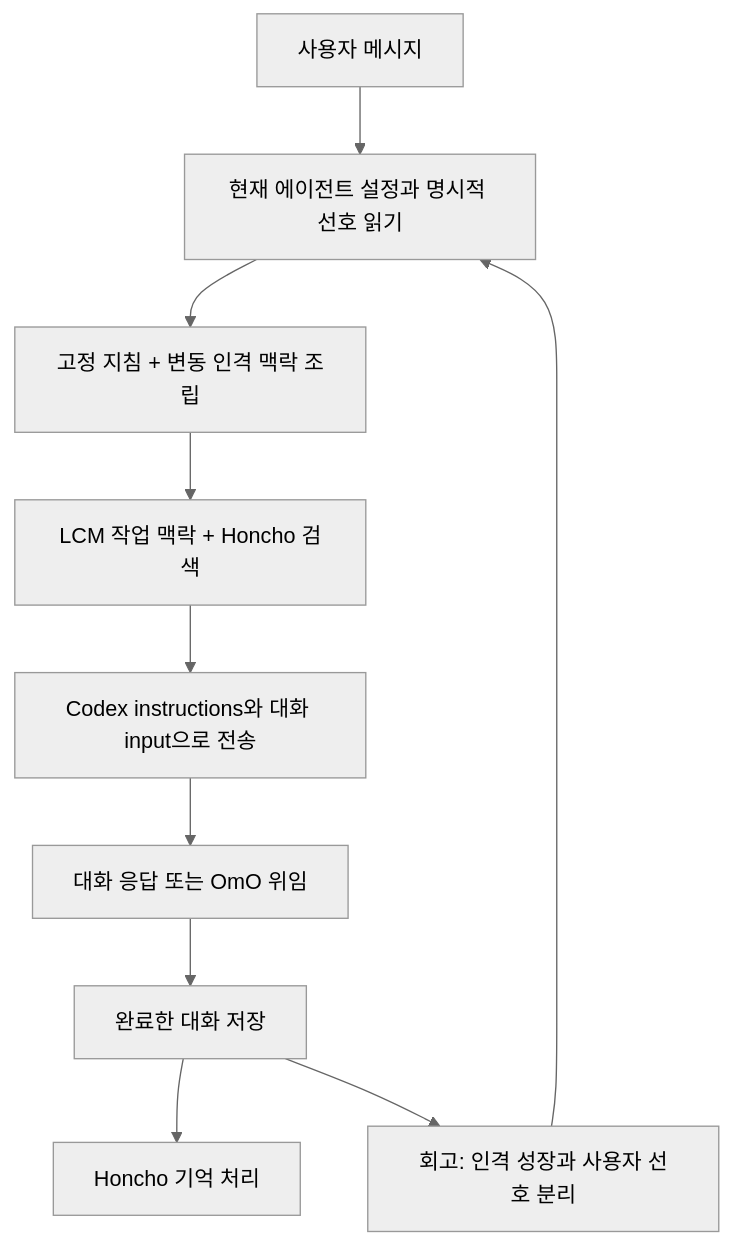
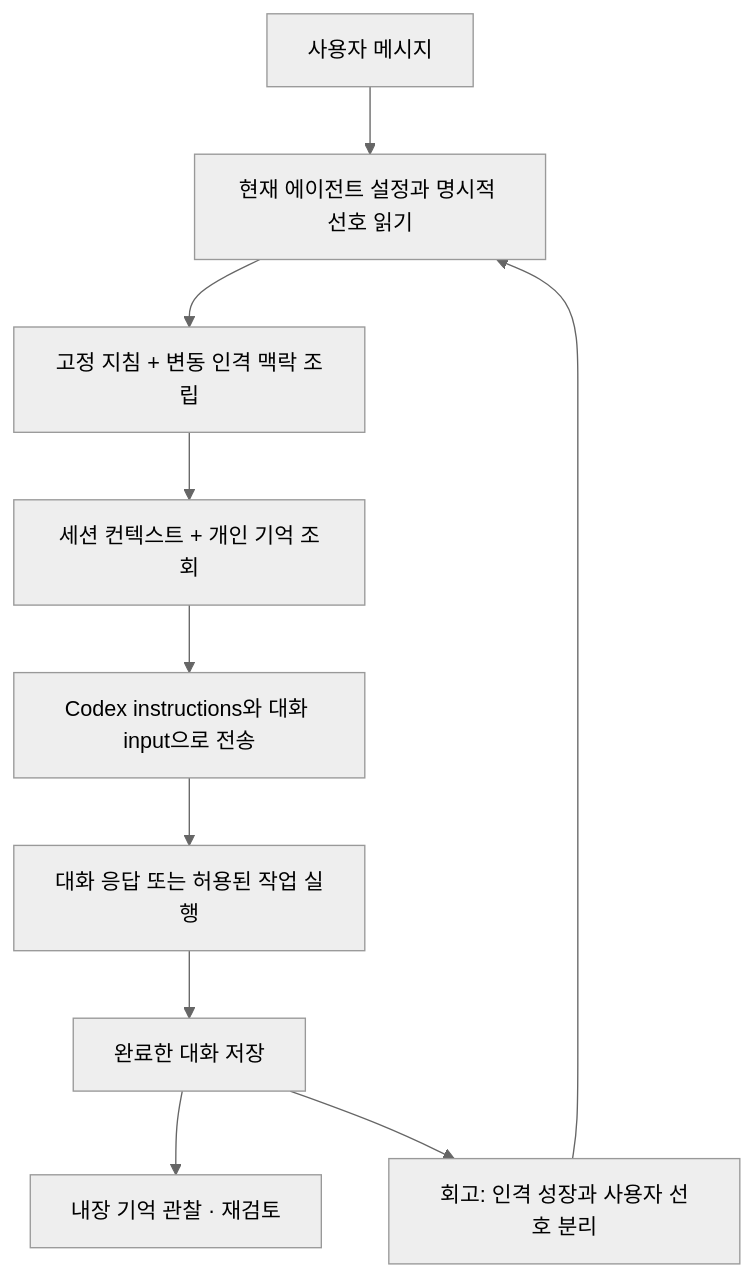
One commit to thisisjun786/lina changed the diagram in docs/PERSONA_CONTEXT.md. Above: the diagram before and after it, drawn with Mermaid (neutral theme). The commit also changed other lines of this file and 8 other files, not shown here.

````diff
--- a/docs/PERSONA_CONTEXT.md
+++ b/docs/PERSONA_CONTEXT.md
@@ -99,12 +99,12 @@
 ```mermaid
 flowchart TD
     A[사용자 메시지] --> B[현재 에이전트 설정과 명시적 선호 읽기]
     B --> C[고정 지침 + 변동 인격 맥락 조립]
-    C --> D[LCM 작업 맥락 + Honcho 검색]
+    C --> D[세션 컨텍스트 + 개인 기억 조회]
     D --> E[Codex instructions와 대화 input으로 전송]
-    E --> F[대화 응답 또는 OmO 위임]
+    E --> F[대화 응답 또는 허용된 작업 실행]
     F --> G[완료한 대화 저장]
-    G --> H[Honcho 기억 처리]
+    G --> H[내장 기억 관찰 · 재검토]
     G --> I[회고: 인격 성장과 사용자 선호 분리]
     I --> B
 ```
````
